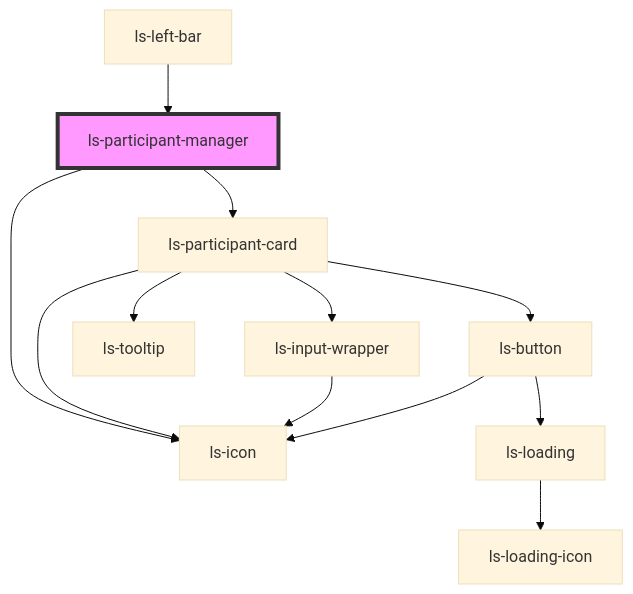
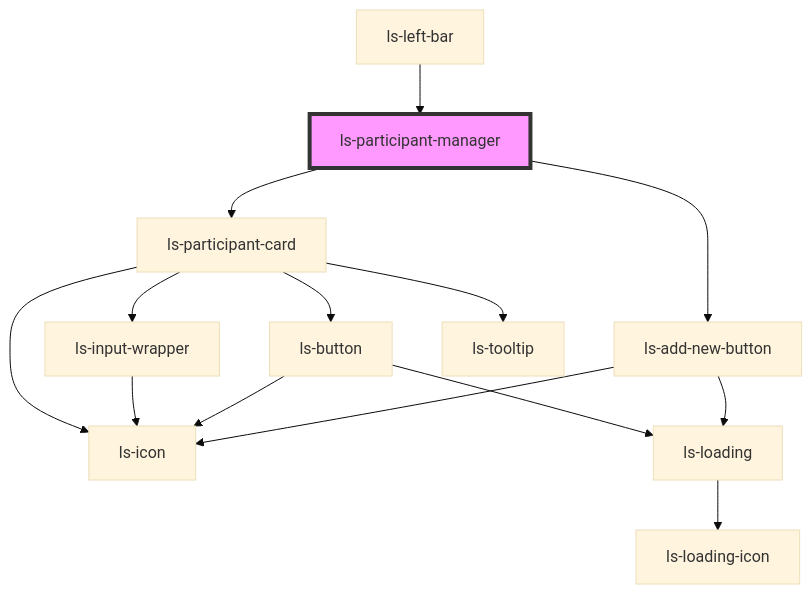
The diagram in src/components/ls-participant-manager/readme.md (legalesign/ls-document-viewer), drawn with Mermaid (base theme) before and after one commit. The commit also changed other lines of this file and 5 other files, not shown here.

````diff
--- a/src/components/ls-participant-manager/readme.md
+++ b/src/components/ls-participant-manager/readme.md
@@ -39,15 +39,17 @@
 ```mermaid
 graph TD;
   ls-participant-manager --> ls-participant-card
-  ls-participant-manager --> ls-icon
+  ls-participant-manager --> ls-add-new-button
   ls-participant-card --> ls-icon
   ls-participant-card --> ls-input-wrapper
   ls-participant-card --> ls-button
   ls-participant-card --> ls-tooltip
   ls-input-wrapper --> ls-icon
   ls-button --> ls-icon
   ls-button --> ls-loading
   ls-loading --> ls-loading-icon
+  ls-add-new-button --> ls-icon
+  ls-add-new-button --> ls-loading
   ls-left-bar --> ls-participant-manager
   style ls-participant-manager fill:#f9f,stroke:#333,stroke-width:4px
 ```
````
